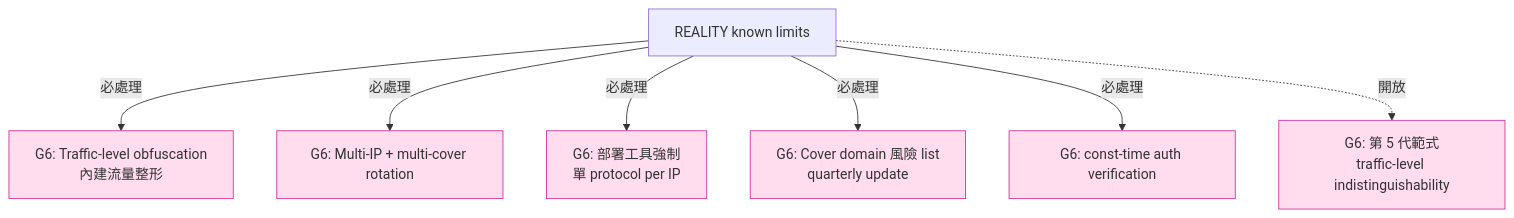
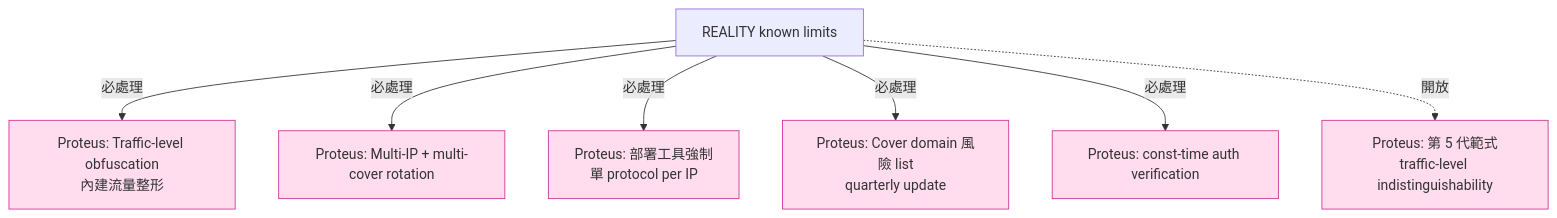
Before and after one commit to Icarus603/network-from-scratch: the third of 3 diagrams in lessons/part-7-proxy-protocols/7.12-reality-limits.md, drawn with Mermaid. The commit also changed other lines of this file and 300 other files, not shown here.

````diff
--- a/lessons/part-7-proxy-protocols/7.12-reality-limits.md
+++ b/lessons/part-7-proxy-protocols/7.12-reality-limits.md
@@ -463,13 +463,13 @@
 ```mermaid
 flowchart TD
     REAL_LIMITS[REALITY known limits]
-    REAL_LIMITS -- 必處理 --> G_TRAFFIC[G6: Traffic-level obfuscation<br/>內建流量整形]
-    REAL_LIMITS -- 必處理 --> G_MULTI[G6: Multi-IP + multi-cover rotation]
-    REAL_LIMITS -- 必處理 --> G_HYGIENE[G6: 部署工具強制<br/>單 protocol per IP]
-    REAL_LIMITS -- 必處理 --> G_DOC[G6: Cover domain 風險 list<br/>quarterly update]
-    REAL_LIMITS -- 必處理 --> G_CONST[G6: const-time auth verification]
-    REAL_LIMITS -. 開放 .-> G_NEXT[G6: 第 5 代範式<br/>traffic-level indistinguishability]
+    REAL_LIMITS -- 必處理 --> G_TRAFFIC[Proteus: Traffic-level obfuscation<br/>內建流量整形]
+    REAL_LIMITS -- 必處理 --> G_MULTI[Proteus: Multi-IP + multi-cover rotation]
+    REAL_LIMITS -- 必處理 --> G_HYGIENE[Proteus: 部署工具強制<br/>單 protocol per IP]
+    REAL_LIMITS -- 必處理 --> G_DOC[Proteus: Cover domain 風險 list<br/>quarterly update]
+    REAL_LIMITS -- 必處理 --> G_CONST[Proteus: const-time auth verification]
+    REAL_LIMITS -. 開放 .-> G_NEXT[Proteus: 第 5 代範式<br/>traffic-level indistinguishability]
 
     classDef ours fill:#fde,stroke:#c39
     class G_TRAFFIC,G_MULTI,G_HYGIENE,G_DOC,G_CONST,G_NEXT ours
 ```
````
